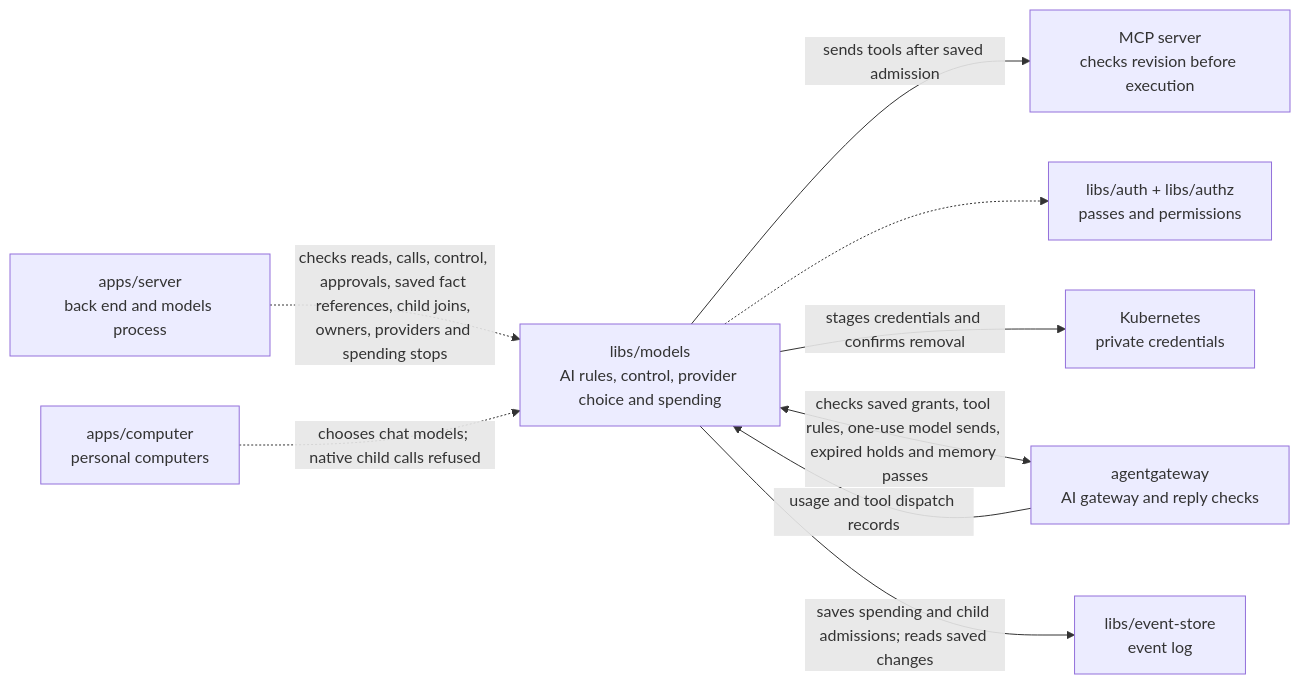
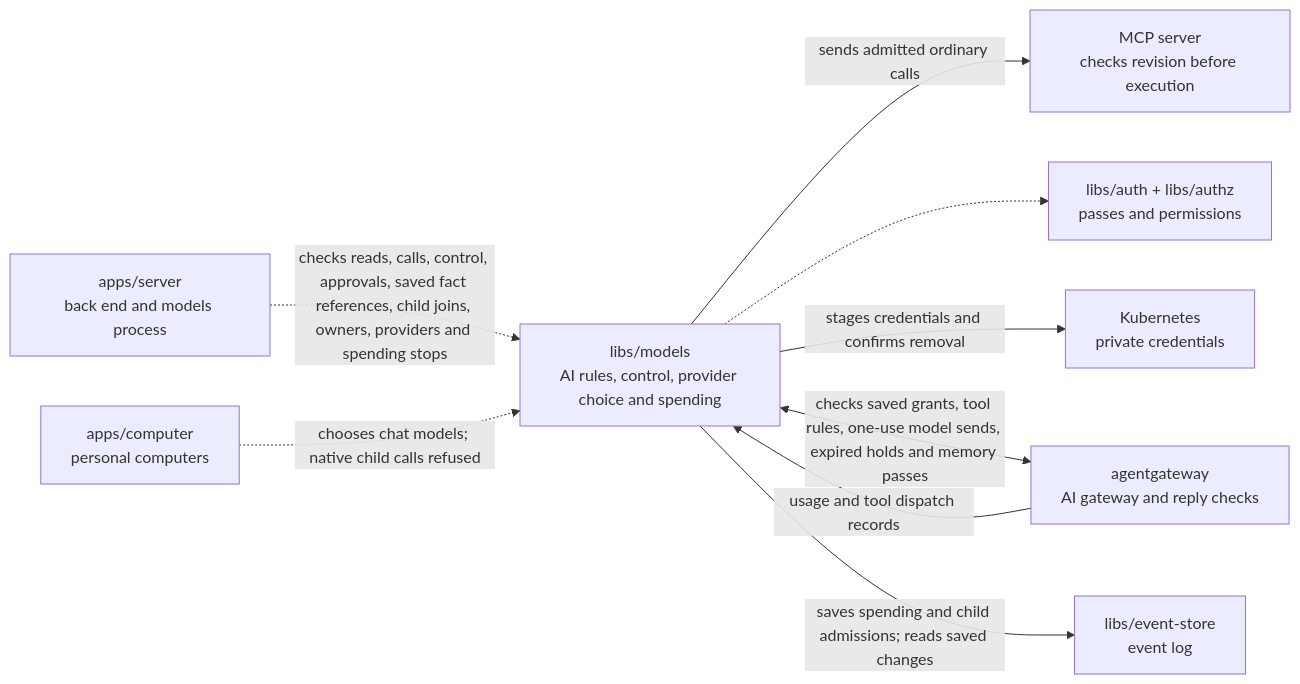
One commit to elewa-git/opencrane-new changed the diagram in libs/models/README.md. Above: the diagram before and after it, drawn with Mermaid.

Commit message:
📝 Clarify which tool calls use saved send admission

````diff
--- a/libs/models/README.md
+++ b/libs/models/README.md
@@ -14,11 +14,11 @@
 ```mermaid
 flowchart LR
   server["apps/server<br/>back end and models process"] -.->|checks reads, calls, control, approvals, saved fact references, child joins, owners, providers and spending stops| models["libs/models<br/>AI rules, control, provider choice and spending"]
-  models -->|sends tools after saved admission| mcp["MCP server<br/>checks revision before execution"]
+  models -->|sends admitted ordinary calls| mcp["MCP server<br/>checks revision before execution"]
   computer["apps/computer<br/>personal computers"] -.->|chooses chat models; native child calls refused| models
   models -.-> auth["libs/auth + libs/authz<br/>passes and permissions"]
   models -->|stages credentials and confirms removal| custody["Kubernetes<br/>private credentials"]
   models <-->|checks saved grants, tool rules, one-use model sends, expired holds and memory passes| gateway["agentgateway<br/>AI gateway and reply checks"]
   gateway -->|usage and tool dispatch records| models
   models -->|saves spending and child admissions; reads saved changes| store["libs/event-store<br/>event log"]
 ```
````
